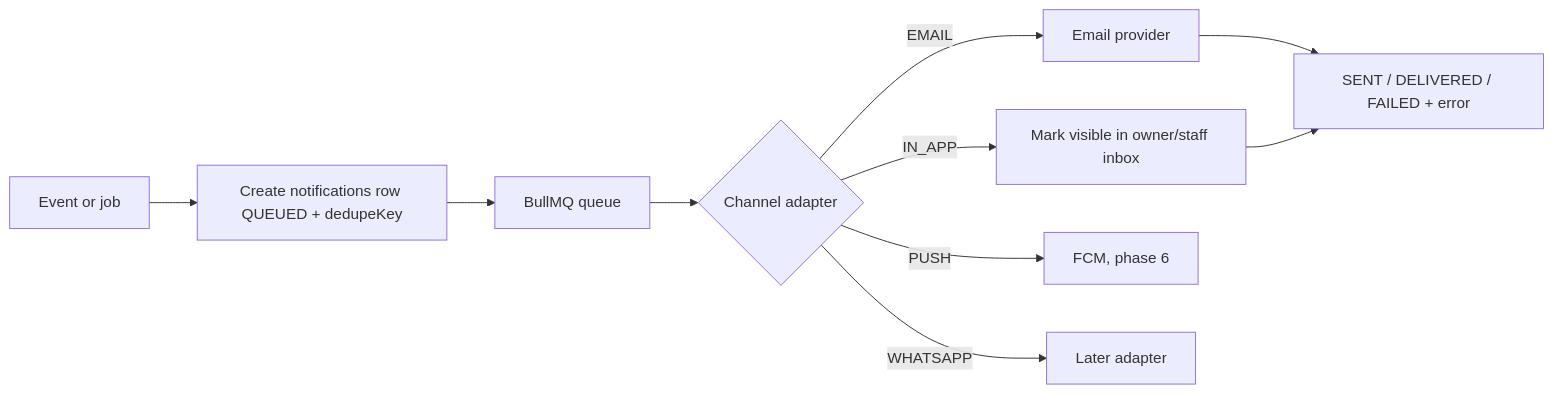
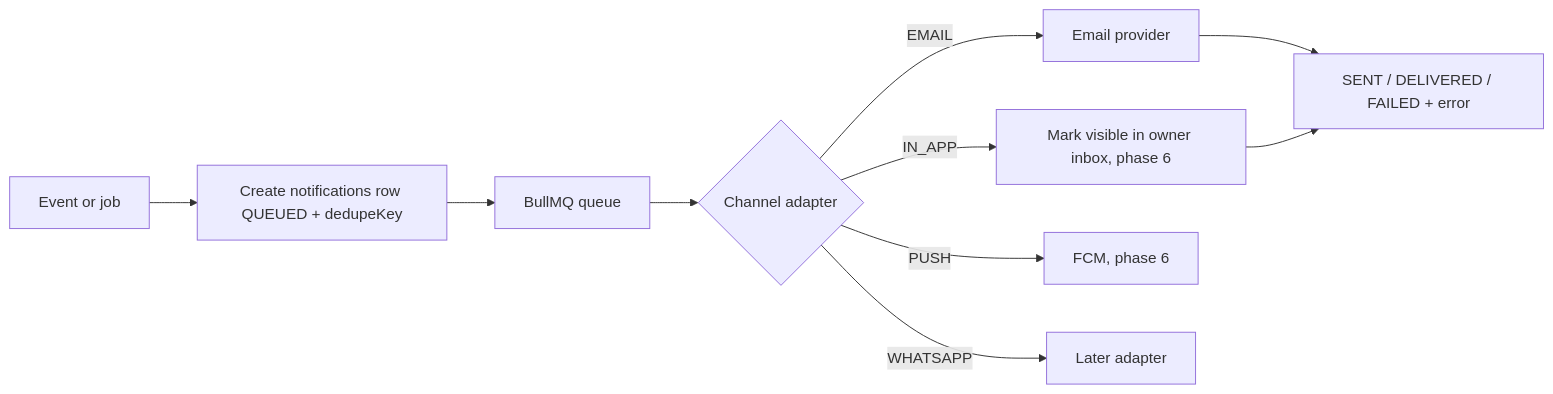
One commit to Alishaalan4/GearVa changed the fourth of 5 diagrams in docs/flow.md. Above: the diagram before and after it, drawn with Mermaid. The commit also changed other lines of this file and 3 other files, not shown here.

Commit message:
Phase 4.0: reminder decisions: customer email, WhatsApp list, monthly off by default

````diff
--- a/docs/flow.md
+++ b/docs/flow.md
@@ -385,12 +399,12 @@
 ```mermaid
 flowchart LR
   A[Event or job] --> B[Create notifications row QUEUED + dedupeKey]
   B --> C[BullMQ queue]
   C --> D{Channel adapter}
   D -->|EMAIL| E[Email provider]
-  D -->|IN_APP| F[Mark visible in owner/staff inbox]
+  D -->|IN_APP| F[Mark visible in owner inbox, phase 6]
   D -->|PUSH| G[FCM, phase 6]
   D -->|WHATSAPP| H[Later adapter]
   E --> I[SENT / DELIVERED / FAILED + error]
   F --> I
 ```
````
